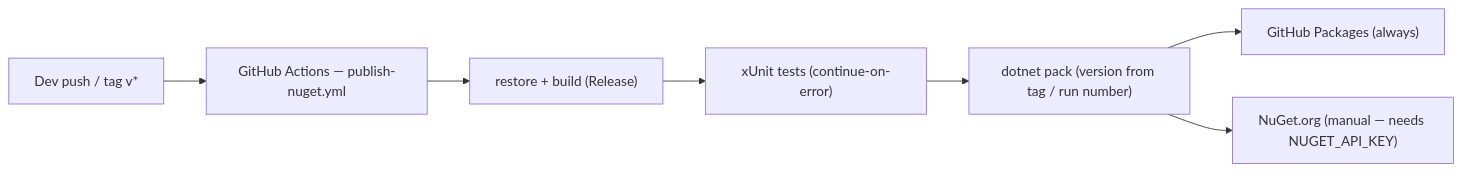
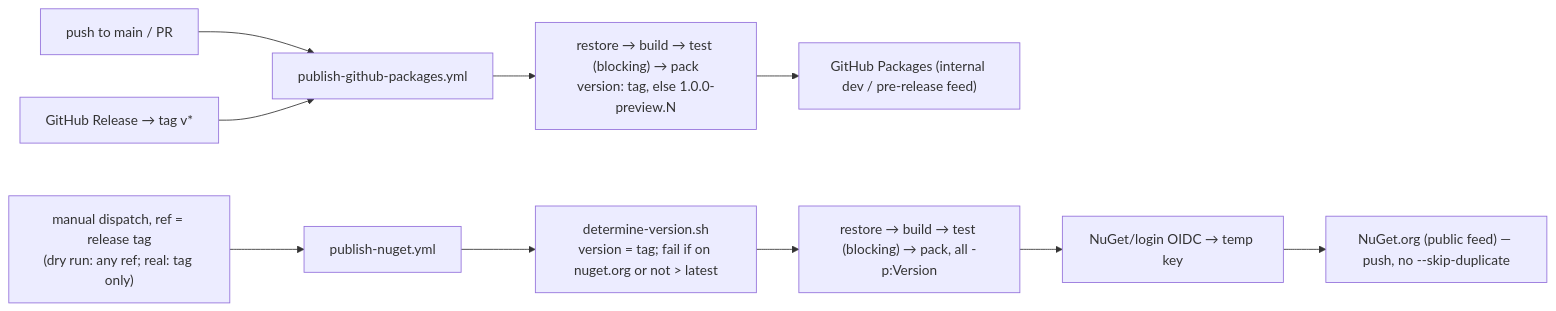
The seventh of 8 diagrams in docs/TechieRag-Architecture.md (techierathore/TechieRag), drawn with Mermaid before and after one commit. The commit also changed other lines of this file and 24 other files, not shown here.

````diff
--- a/docs/TechieRag-Architecture.md
+++ b/docs/TechieRag-Architecture.md
@@ -218,9 +218,12 @@
 ```mermaid
 flowchart LR
-  Dev["Dev push / tag v*"] --> CI["GitHub Actions — publish-nuget.yml"]
-  CI --> Restore["restore + build (Release)"]
-  Restore --> Test["xUnit tests (continue-on-error)"]
-  Test --> Pack["dotnet pack (version from tag / run number)"]
-  Pack --> GHP["GitHub Packages (always)"]
-  Pack --> NORG["NuGet.org (manual — needs NUGET_API_KEY)"]
+  Push["push to main / PR"] --> GHW["publish-github-packages.yml"]
+  Rel["GitHub Release → tag v*"] --> GHW
+  Dispatch["manual dispatch, ref = release tag\n(dry run: any ref; real: tag only)"] --> PUB["publish-nuget.yml"]
+  GHW --> GHB["restore → build → test (blocking) → pack\nversion: tag, else 1.0.0-preview.N"]
+  GHB --> GHP["GitHub Packages (internal dev / pre-release feed)"]
+  PUB --> VER["determine-version.sh\nversion = tag; fail if on nuget.org or not > latest"]
+  VER --> PB["restore → build → test (blocking) → pack, all -p:Version"]
+  PB --> OIDC["NuGet/login OIDC → temp key"]
+  OIDC --> NORG["NuGet.org (public feed) — push, no --skip-duplicate"]
 ```
````
